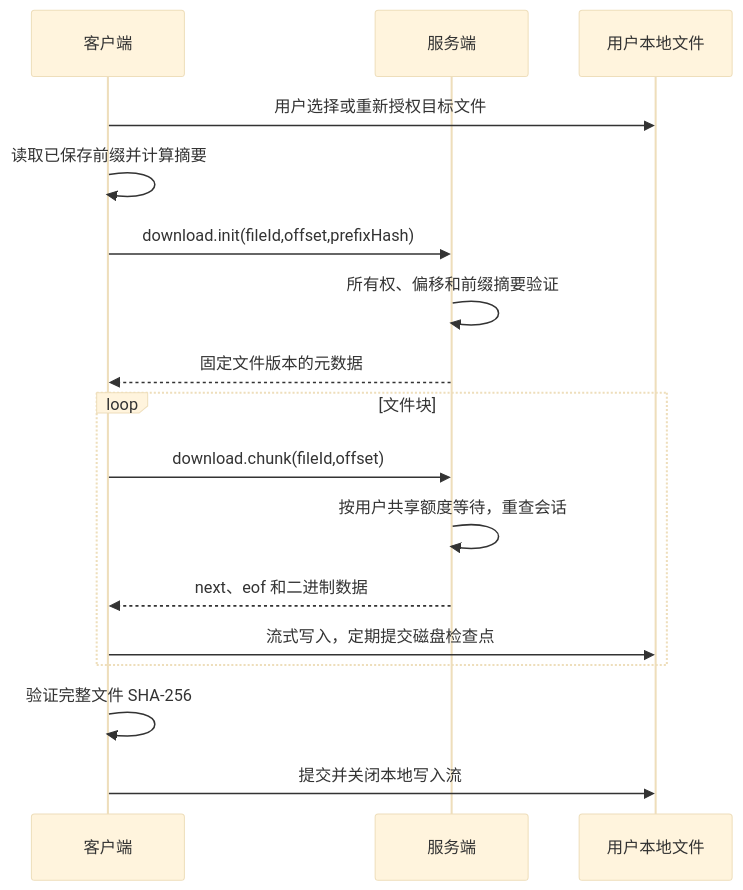
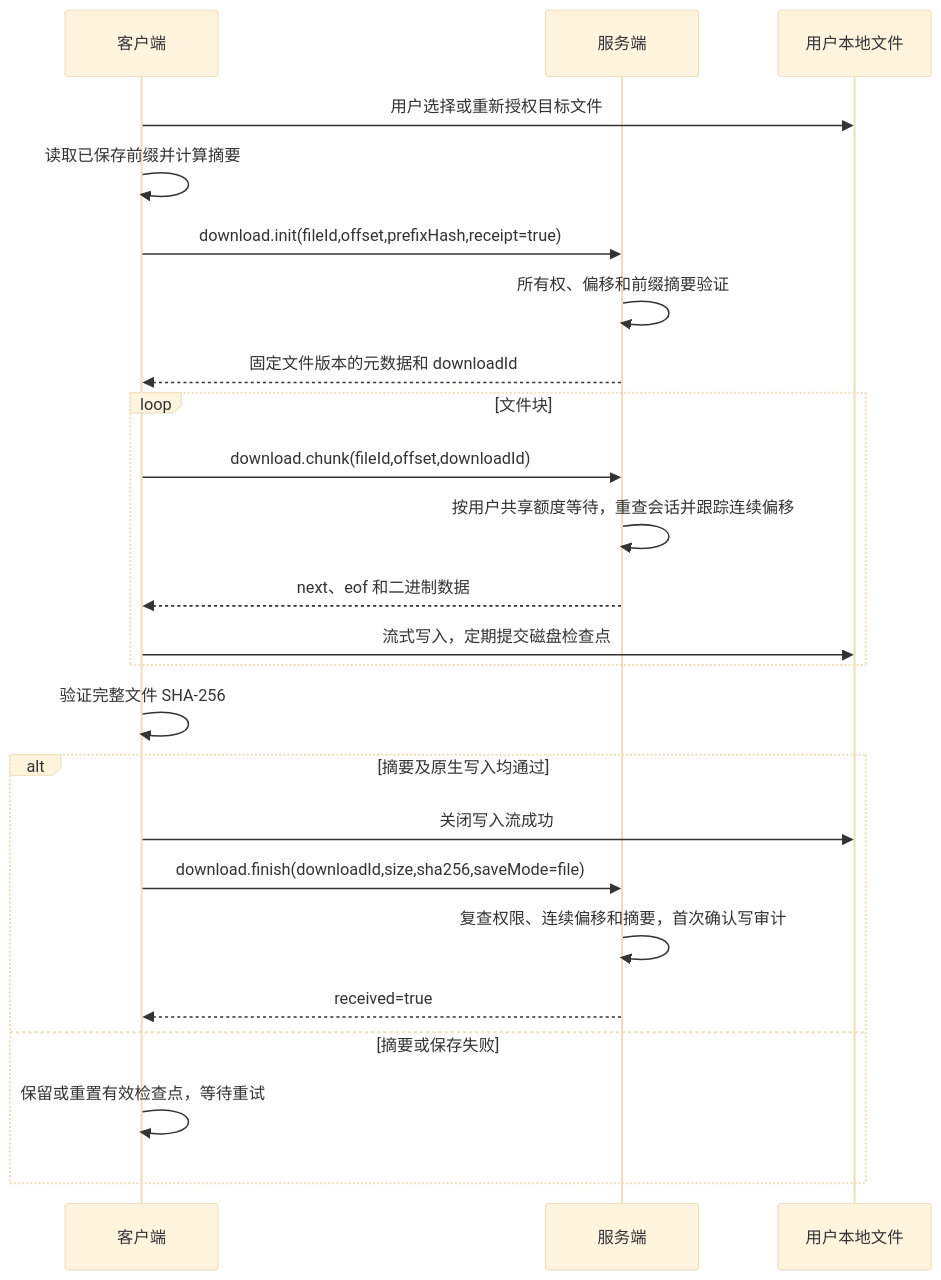
The ninth of 13 diagrams in docs/协议与安全设计.md (logic-xx/safedrop), drawn with Mermaid (base theme) before and after one commit. The commit also changed other lines of this file and 7 other files, not shown here.

````diff
--- a/docs/协议与安全设计.md
+++ b/docs/协议与安全设计.md
@@ -310,19 +329,26 @@
 ```mermaid
 sequenceDiagram
   participant C as 客户端
   participant S as 服务端
   participant L as 用户本地文件
   C->>L: 用户选择或重新授权目标文件
   C->>C: 读取已保存前缀并计算摘要
-  C->>S: download.init(fileId,offset,prefixHash)
+  C->>S: download.init(fileId,offset,prefixHash,receipt=true)
   S->>S: 所有权、偏移和前缀摘要验证
-  S-->>C: 固定文件版本的元数据
+  S-->>C: 固定文件版本的元数据和 downloadId
   loop 文件块
-    C->>S: download.chunk(fileId,offset)
-    S->>S: 按用户共享额度等待，重查会话
+    C->>S: download.chunk(fileId,offset,downloadId)
+    S->>S: 按用户共享额度等待，重查会话并跟踪连续偏移
     S-->>C: next、eof 和二进制数据
     C->>L: 流式写入，定期提交磁盘检查点
   end
   C->>C: 验证完整文件 SHA-256
-  C->>L: 提交并关闭本地写入流
+  alt 摘要及原生写入均通过
+    C->>L: 关闭写入流成功
+    C->>S: download.finish(downloadId,size,sha256,saveMode=file)
+    S->>S: 复查权限、连续偏移和摘要，首次确认写审计
+    S-->>C: received=true
+  else 摘要或保存失败
+    C->>C: 保留或重置有效检查点，等待重试
+  end
 ```
````
